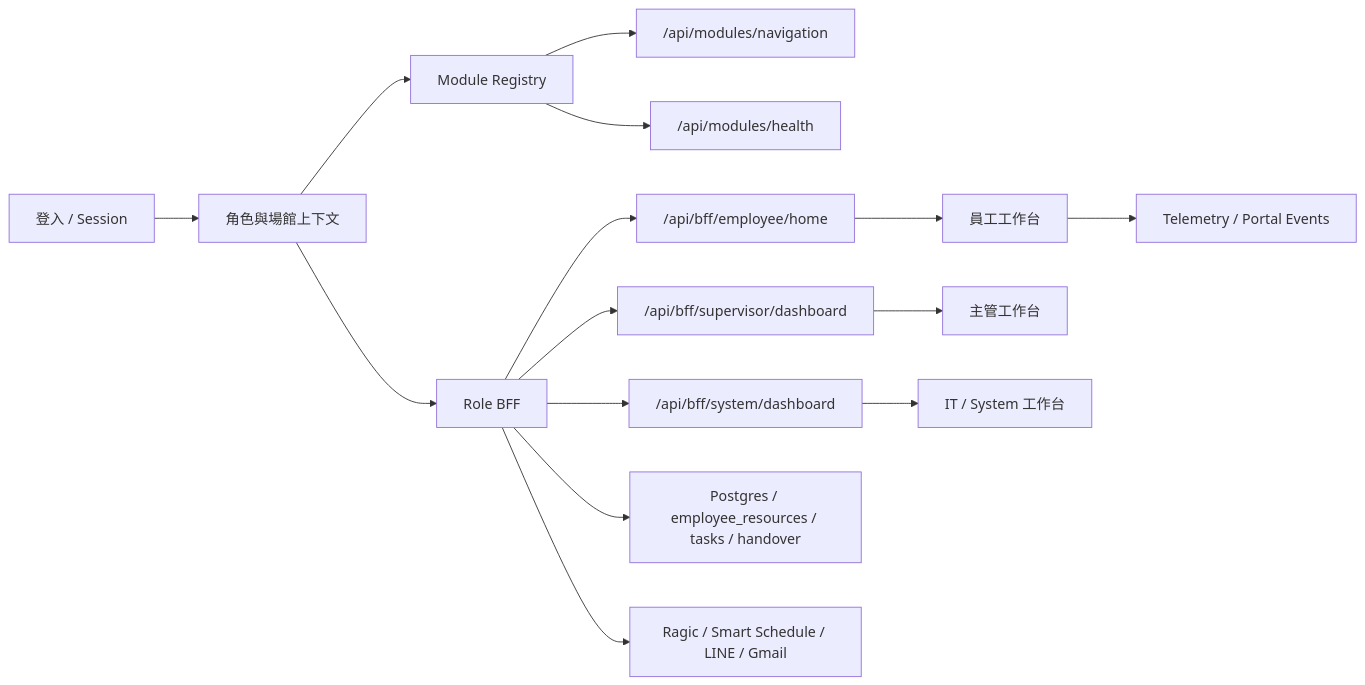
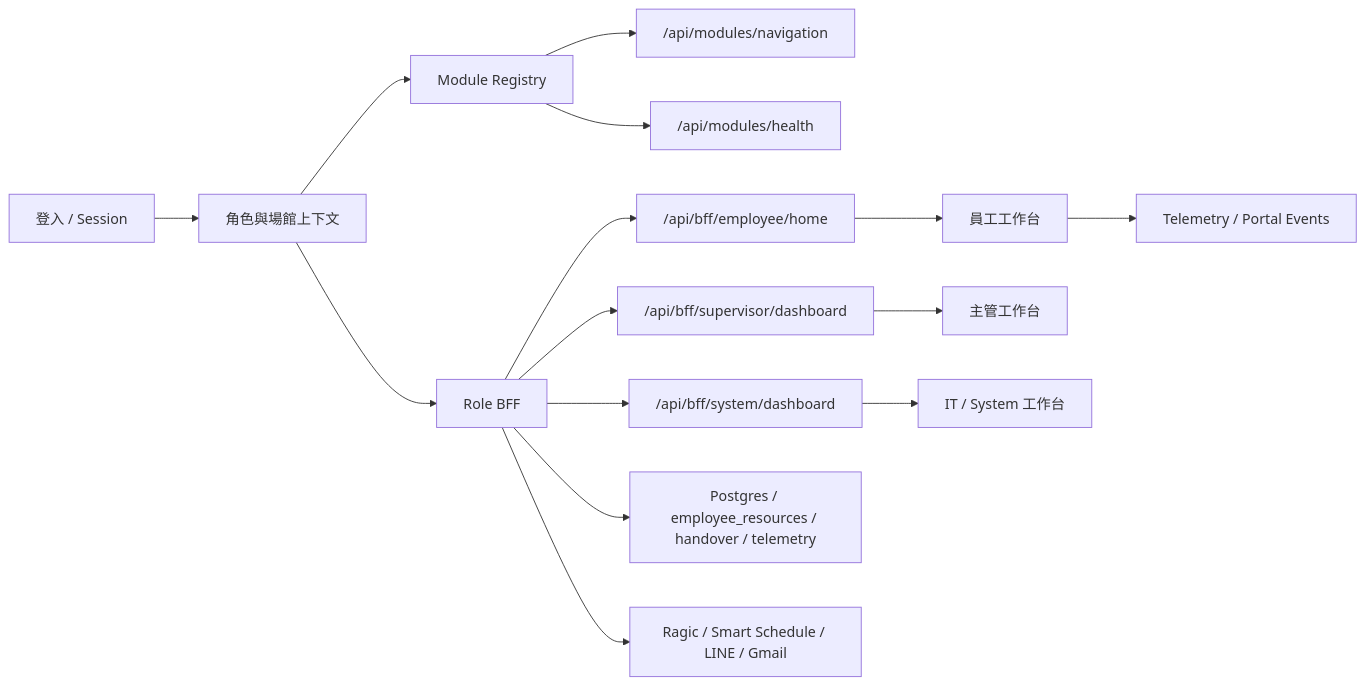
The diagram in docs/planning/CONSTRUCTION_MAP.md (DAOS-Sport/Dashbord-400), drawn with Mermaid before and after one commit. The commit also changed other lines of this file and 84 other files, not shown here.

````diff
--- a/docs/planning/CONSTRUCTION_MAP.md
+++ b/docs/planning/CONSTRUCTION_MAP.md
@@ -11,17 +11,17 @@
 ```mermaid
 flowchart LR
   Login["登入 / Session"] --> Role["角色與場館上下文"]
   Role --> Registry["Module Registry"]
   Registry --> Nav["/api/modules/navigation"]
   Registry --> Health["/api/modules/health"]
   Role --> BFF["Role BFF"]
   BFF --> Employee["/api/bff/employee/home"]
   BFF --> Supervisor["/api/bff/supervisor/dashboard"]
   BFF --> System["/api/bff/system/dashboard"]
   Employee --> UIEmployee["員工工作台"]
   Supervisor --> UISupervisor["主管工作台"]
   System --> UISystem["IT / System 工作台"]
-  BFF --> PG["Postgres / employee_resources / tasks / handover"]
+  BFF --> PG["Postgres / employee_resources / handover / telemetry"]
   BFF --> External["Ragic / Smart Schedule / LINE / Gmail"]
   UIEmployee --> Telemetry["Telemetry / Portal Events"]
 ```
````
